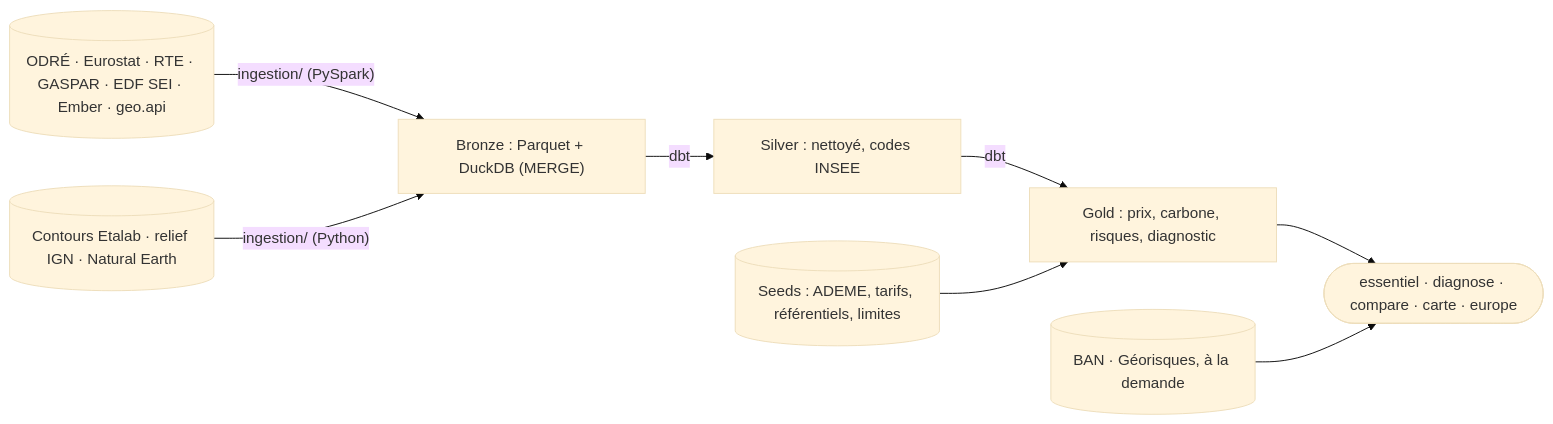
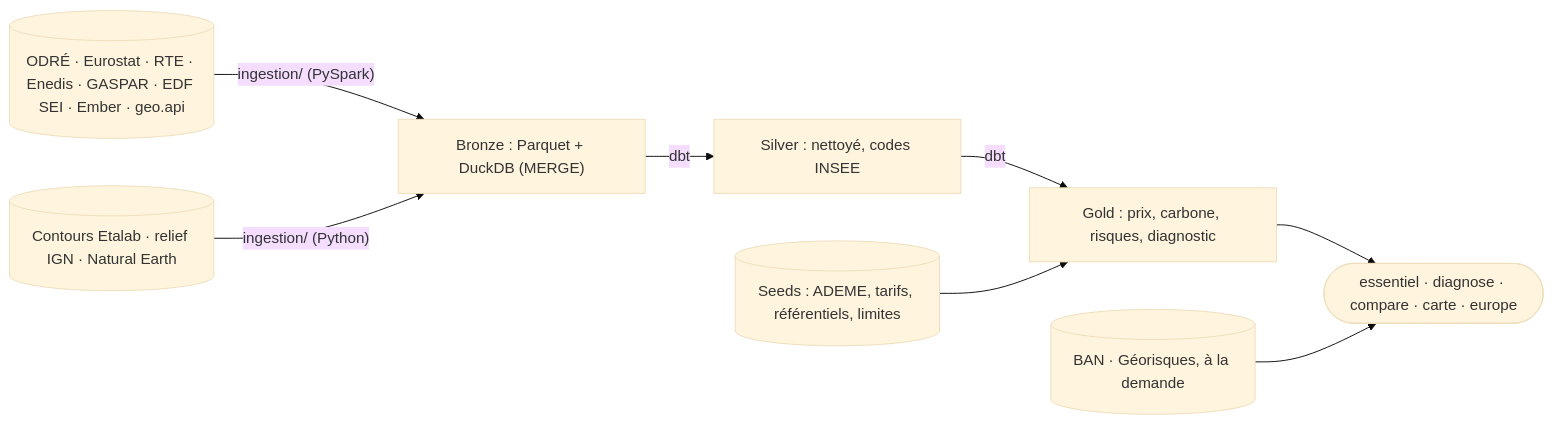
Before and after one commit to Elias-Ouafi/ou-brancher-mon-entreprise: the diagram in README.md, drawn with Mermaid (base theme). The commit also changed other lines of this file and 22 other files, not shown here.

````diff
--- a/README.md
+++ b/README.md
@@ -113,10 +113,10 @@
 ```mermaid
 flowchart LR
-    SRC[("ODRÉ · Eurostat · RTE · GASPAR · EDF SEI · Ember · geo.api")] -->|"ingestion/ (PySpark)"| B["Bronze : Parquet + DuckDB (MERGE)"]
+    SRC[("ODRÉ · Eurostat · RTE · Enedis · GASPAR · EDF SEI · Ember · geo.api")] -->|"ingestion/ (PySpark)"| B["Bronze : Parquet + DuckDB (MERGE)"]
     B -->|dbt| S["Silver : nettoyé, codes INSEE"]
     S -->|dbt| G["Gold : prix, carbone, risques, diagnostic"]
     SEEDS[("Seeds : ADEME, tarifs, référentiels, limites")] --> G
     GEO[("Contours Etalab · relief IGN · Natural Earth")] -->|"ingestion/ (Python)"| B
     G --> CLI(["essentiel · diagnose · compare · carte · europe"])
     BAN[("BAN · Géorisques, à la demande")] --> CLI
 ```
````
